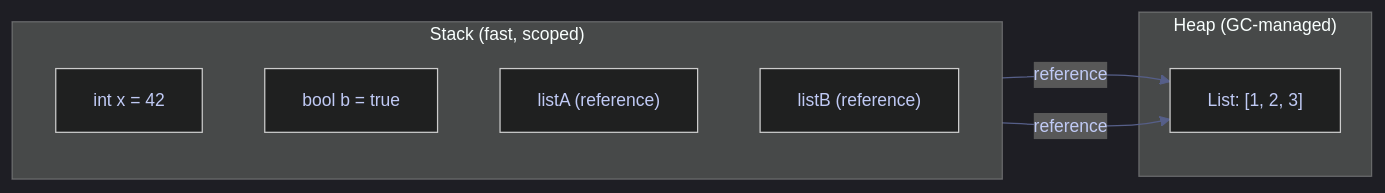
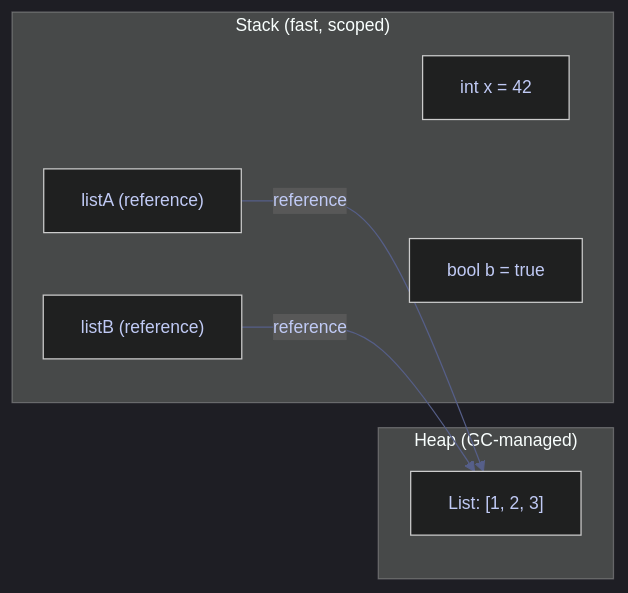
Before and after one commit to alp78/elysium: the second of 3 diagrams in content/02-Programming-Languages/02-CSharp/01-cs-basics.md, drawn with Mermaid. The commit also changed other lines of this file and 216 other files, not shown here.

````diff
--- a/content/02-Programming-Languages/02-CSharp/01-cs-basics.md
+++ b/content/02-Programming-Languages/02-CSharp/01-cs-basics.md
@@ -1110,27 +1141,29 @@
 ```mermaid
 %%{init: {'theme': 'dark', 'themeVariables': {
   'primaryColor': '#292e42',
   'primaryTextColor': '#c0caf5',
   'primaryBorderColor': '#565f89',
   'lineColor': '#565f89',
   'secondaryColor': '#1a1b26',
   'tertiaryColor': '#24283b',
   'noteTextColor': '#c0caf5',
   'noteBkgColor': '#292e42',
   'textColor': '#c0caf5',
   'fontSize': '14px'
 }}}%%
 flowchart LR
     subgraph STACK["Stack (fast, scoped)"]
-        direction TB
+        STACKPAD[" "]
         A["int x = 42"]
         B["bool b = true"]
         C["listA (reference)"]
         D["listB (reference)"]
+        STACKPAD ~~~ A
     end
     subgraph HEAP["Heap (GC-managed)"]
         E["List: [1, 2, 3]"]
     end
     C -->|reference| E
     D -->|reference| E
+    style STACKPAD fill:transparent,stroke:transparent,color:transparent
 ```
````
